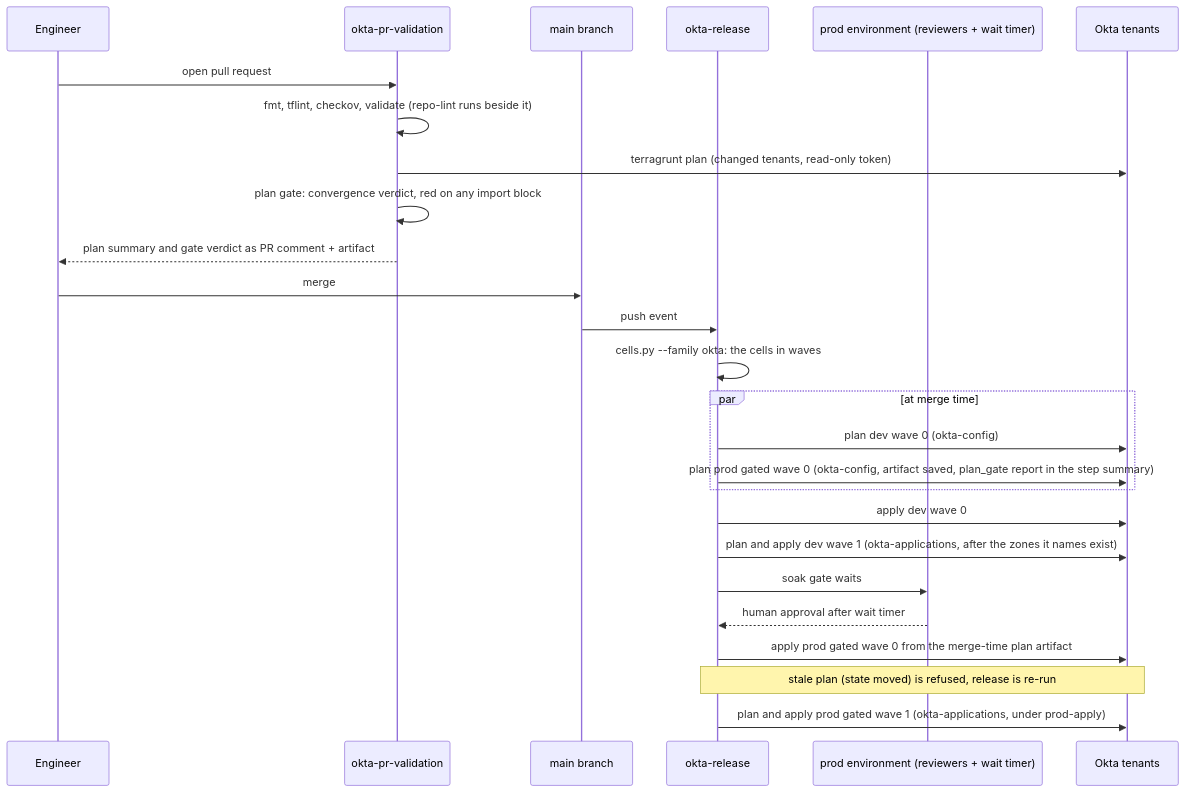
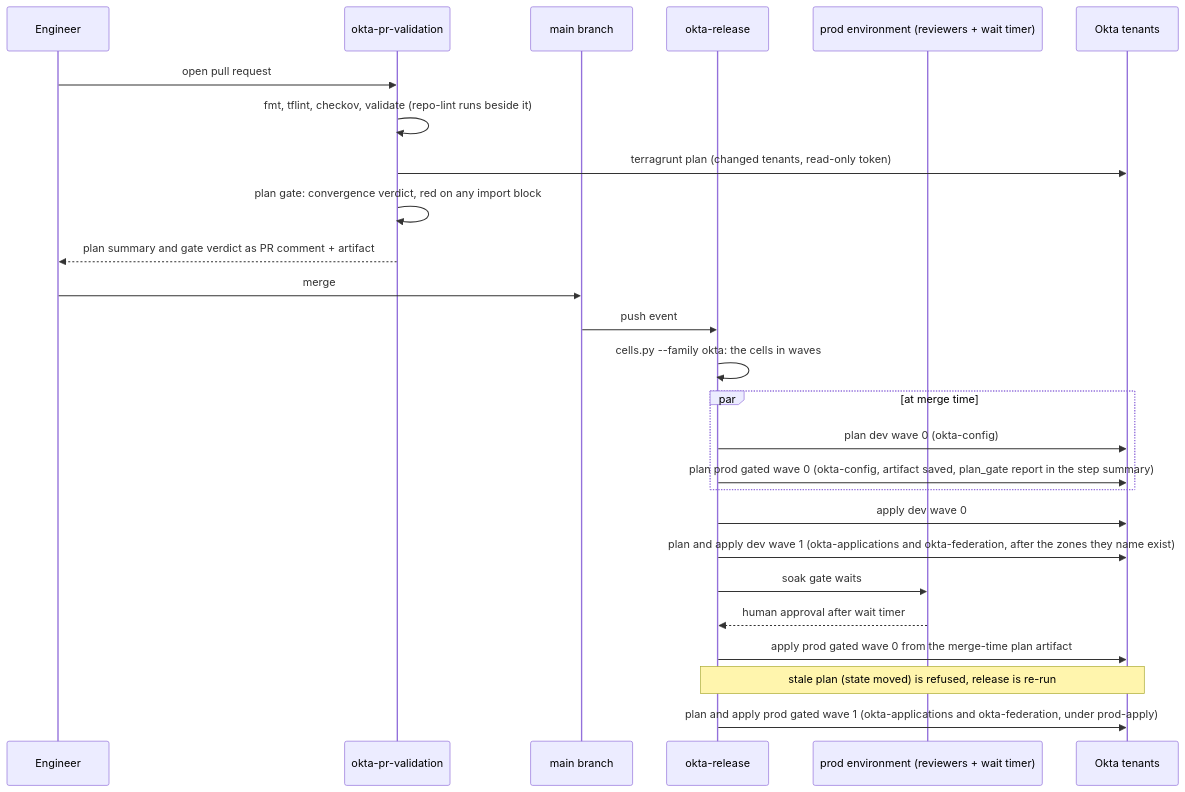
Before and after one commit to AdamFields1/identity-as-code: diagram 11 of 11 in docs/architecture.md, drawn with Mermaid. The commit also changed other lines of this file and 35 other files, not shown here.

````diff
--- a/docs/architecture.md
+++ b/docs/architecture.md
@@ -835,29 +901,29 @@
 ```mermaid
 sequenceDiagram
   participant Dev as Engineer
   participant PR as okta-pr-validation
   participant Main as main branch
   participant Rel as okta-release
   participant Gate as prod environment (reviewers + wait timer)
   participant Okta as Okta tenants
 
   Dev->>PR: open pull request
   PR->>PR: fmt, tflint, checkov, validate (repo-lint runs beside it)
   PR->>Okta: terragrunt plan (changed tenants, read-only token)
   PR->>PR: plan gate: convergence verdict, red on any import block
   PR-->>Dev: plan summary and gate verdict as PR comment + artifact
   Dev->>Main: merge
   Main->>Rel: push event
   Rel->>Rel: cells.py --family okta: the cells in waves
   par at merge time
     Rel->>Okta: plan dev wave 0 (okta-config)
     Rel->>Okta: plan prod gated wave 0 (okta-config, artifact saved, plan_gate report in the step summary)
   end
   Rel->>Okta: apply dev wave 0
-  Rel->>Okta: plan and apply dev wave 1 (okta-applications, after the zones it names exist)
+  Rel->>Okta: plan and apply dev wave 1 (okta-applications and okta-federation, after the zones they name exist)
   Rel->>Gate: soak gate waits
   Gate-->>Rel: human approval after wait timer
   Rel->>Okta: apply prod gated wave 0 from the merge-time plan artifact
   Note over Rel,Okta: stale plan (state moved) is refused, release is re-run
-  Rel->>Okta: plan and apply prod gated wave 1 (okta-applications, under prod-apply)
+  Rel->>Okta: plan and apply prod gated wave 1 (okta-applications and okta-federation, under prod-apply)
 ```
````
